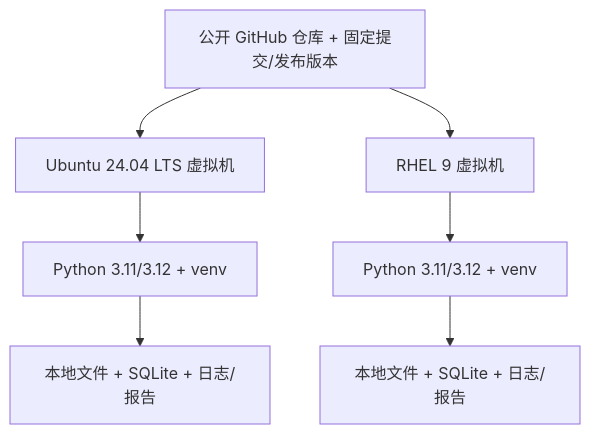
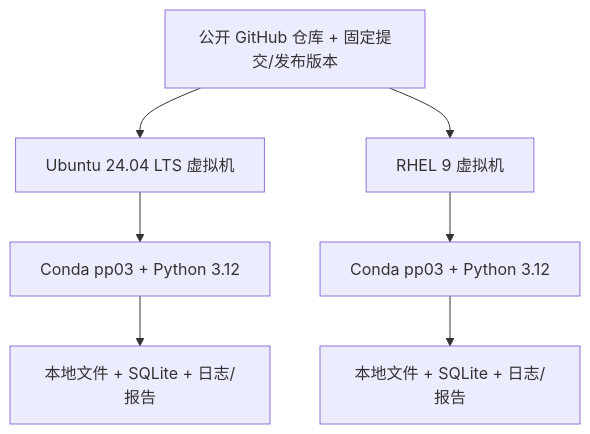
The second of 2 diagrams in docs/architecture.md (Zhu-ShuH/g15-predictive-maintenance), drawn with Mermaid before and after one commit. The commit also changed other lines of this file and 5 other files, not shown here.

````diff
--- a/docs/architecture.md
+++ b/docs/architecture.md
@@ -47,10 +49,10 @@
 ```mermaid
 flowchart TB
     GH[公开 GitHub 仓库 + 固定提交/发布版本]
     GH --> U[Ubuntu 24.04 LTS 虚拟机]
     GH --> R[RHEL 9 虚拟机]
-    U --> UV[Python 3.11/3.12 + venv]
-    R --> RV[Python 3.11/3.12 + venv]
+    U --> UV[Conda pp03 + Python 3.12]
+    R --> RV[Conda pp03 + Python 3.12]
     UV --> UR[本地文件 + SQLite + 日志/报告]
     RV --> RR[本地文件 + SQLite + 日志/报告]
 ```
````
